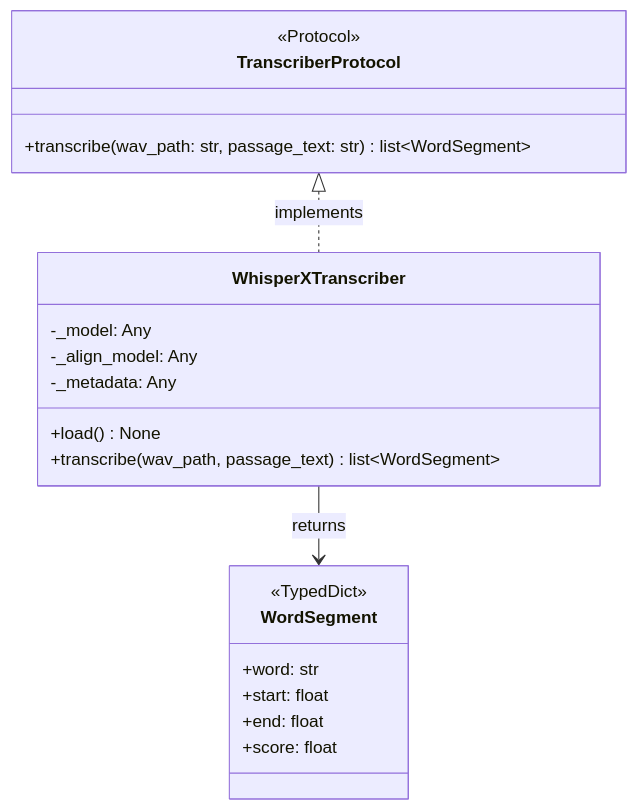
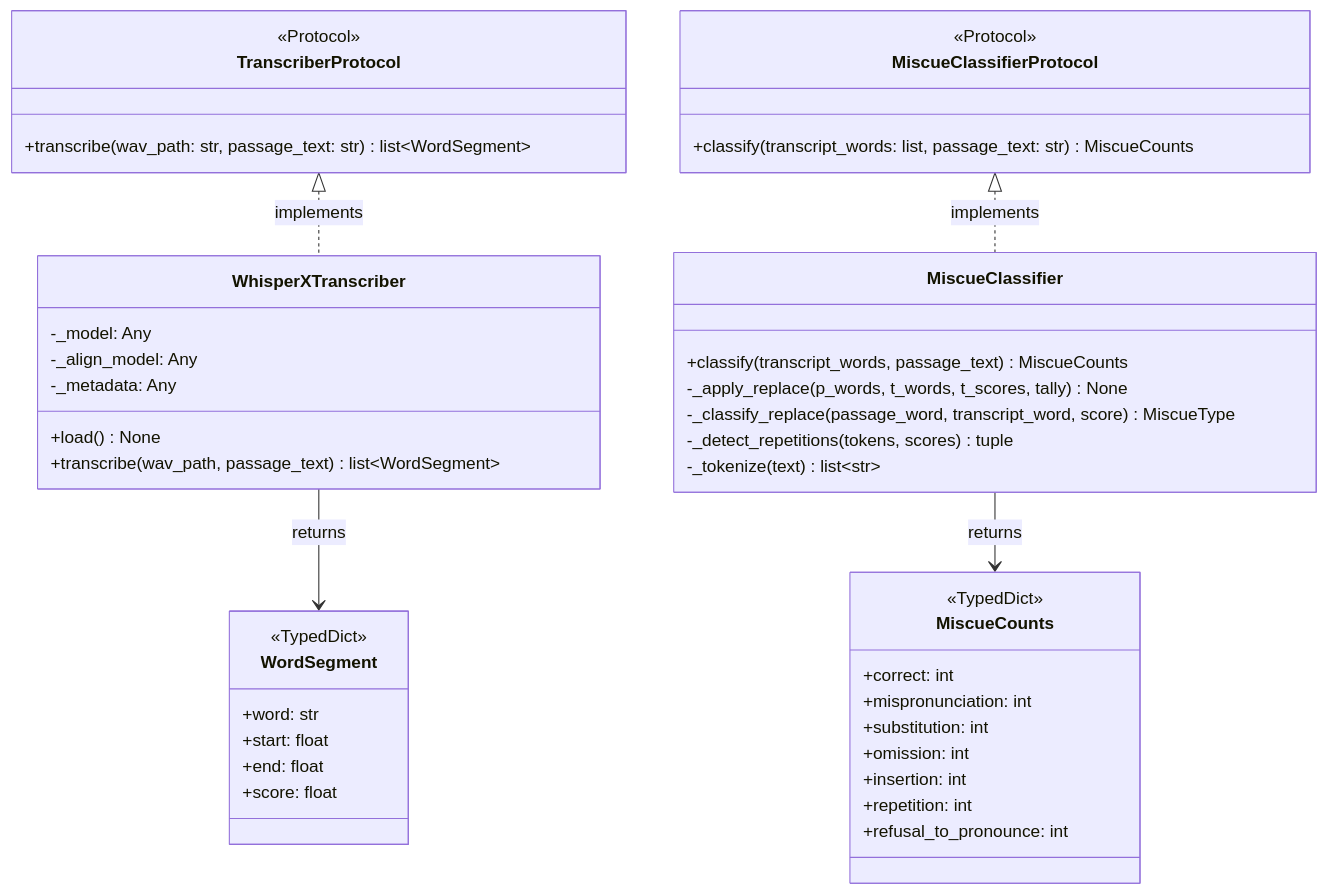
The diagram in docs/uml/class/go2-classes.md (ChristianNemeno/SE-Module-02), drawn with Mermaid before and after one commit. The commit also changed other lines of this file and 4 other files, not shown here.

Commit message:
Add low-level design documentation and implementation for MiscueClassifier and related types

````diff
--- a/docs/uml/class/go2-classes.md
+++ b/docs/uml/class/go2-classes.md
@@ -3,23 +3,46 @@
 ```mermaid
 classDiagram
     class TranscriberProtocol {
         <<Protocol>>
         +transcribe(wav_path: str, passage_text: str) list~WordSegment~
     }
     class WhisperXTranscriber {
         -_model: Any
         -_align_model: Any
         -_metadata: Any
         +load() None
         +transcribe(wav_path, passage_text) list~WordSegment~
     }
     class WordSegment {
         <<TypedDict>>
         +word: str
         +start: float
         +end: float
         +score: float
     }
+    class MiscueClassifierProtocol {
+        <<Protocol>>
+        +classify(transcript_words: list, passage_text: str) MiscueCounts
+    }
+    class MiscueClassifier {
+        +classify(transcript_words, passage_text) MiscueCounts
+        -_apply_replace(p_words, t_words, t_scores, tally) None
+        -_classify_replace(passage_word, transcript_word, score) MiscueType
+        -_detect_repetitions(tokens, scores) tuple
+        -_tokenize(text) list~str~
+    }
+    class MiscueCounts {
+        <<TypedDict>>
+        +correct: int
+        +mispronunciation: int
+        +substitution: int
+        +omission: int
+        +insertion: int
+        +repetition: int
+        +refusal_to_pronounce: int
+    }
     TranscriberProtocol <|.. WhisperXTranscriber : implements
     WhisperXTranscriber --> WordSegment : returns
+    MiscueClassifierProtocol <|.. MiscueClassifier : implements
+    MiscueClassifier --> MiscueCounts : returns
 ```
````
